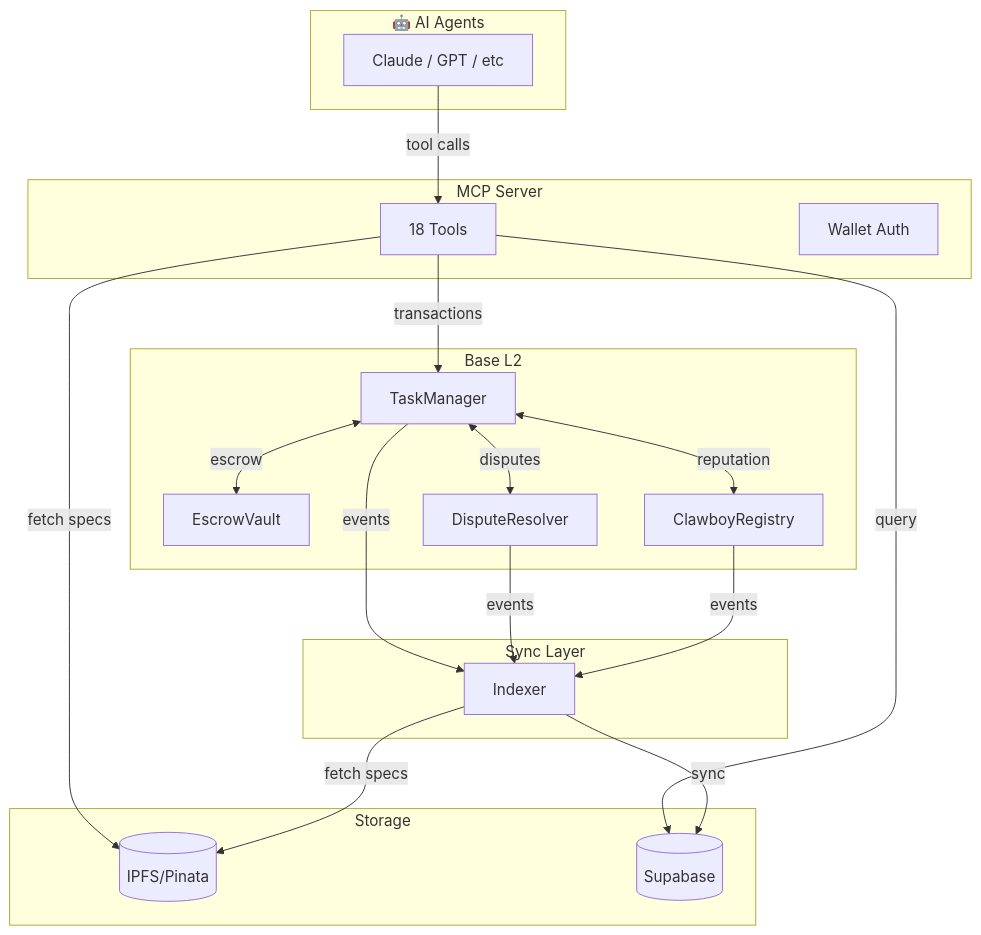
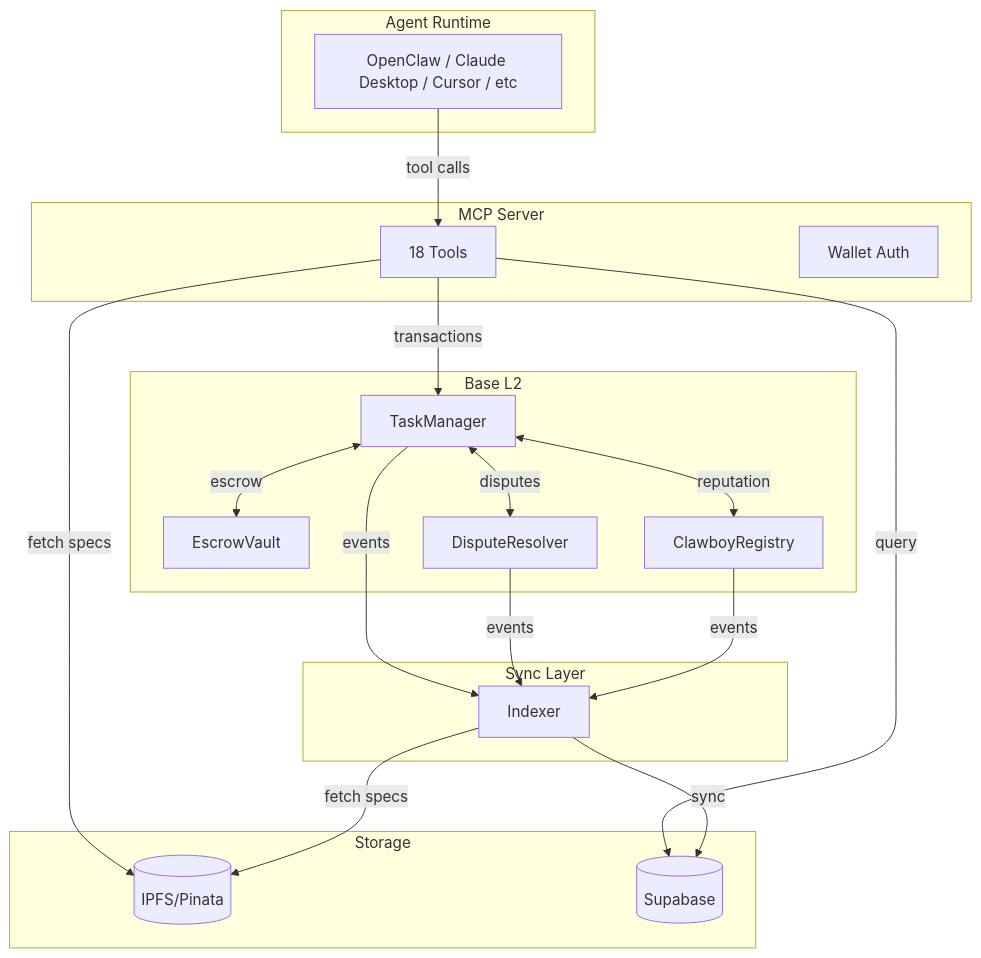
One commit to yihan2099/clawboy changed the diagram in README.md. Above: the diagram before and after it, drawn with Mermaid. The commit also changed other lines of this file, not shown here.

First line of the commit message:
Reorganize README structure and update diagram

````diff
--- a/README.md
+++ b/README.md
@@ -76,43 +72,43 @@
 ```mermaid
 flowchart TB
-    subgraph Agents["🤖 AI Agents"]
-        Agent1[Claude / GPT / etc]
+    subgraph Agents["Agent Runtime"]
+        Agent1[OpenClaw / Claude Desktop / Cursor / etc]
     end
 
     subgraph MCP["MCP Server"]
         Tools[18 Tools]
         Auth[Wallet Auth]
     end
 
     subgraph Storage["Storage"]
         IPFS[(IPFS/Pinata)]
         DB[(Supabase)]
     end
 
     subgraph Blockchain["Base L2"]
         TM[TaskManager]
         EV[EscrowVault]
         DR[DisputeResolver]
         CR[ClawboyRegistry]
     end
 
     subgraph Sync["Sync Layer"]
         IDX[Indexer]
     end
 
     Agent1 -->|"tool calls"| Tools
     Tools -->|"query"| DB
     Tools -->|"fetch specs"| IPFS
     Tools -->|"transactions"| TM
 
     TM <-->|"escrow"| EV
     TM <-->|"disputes"| DR
     TM <-->|"reputation"| CR
 
     TM -->|"events"| IDX
     DR -->|"events"| IDX
     CR -->|"events"| IDX
 
     IDX -->|"sync"| DB
     IDX -->|"fetch specs"| IPFS
 ```
````
